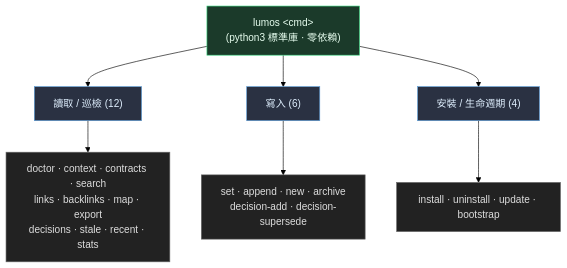
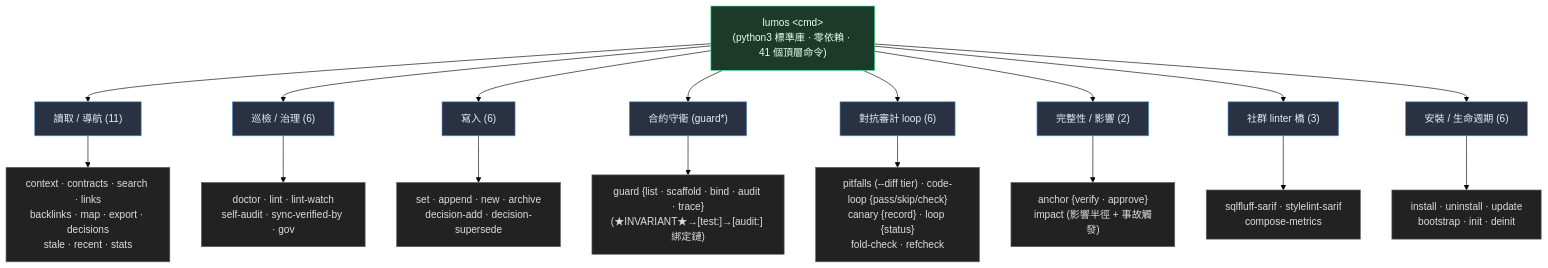
Before and after one commit to EnzoHsieh-Android/Lumos: the third of 4 diagrams in ARCHITECTURE.md, drawn with Mermaid (forest theme). The commit also changed other lines of this file and 4 other files, not shown here.

First line of the commit message:
docs: 三篇論述 + README 對齊現況(loop/impact/code-loop/anchor/pitfalls)

````diff
--- a/ARCHITECTURE.md
+++ b/ARCHITECTURE.md
@@ -99,19 +99,29 @@
 ```mermaid
 flowchart TB
-    ROOT["lumos &lt;cmd&gt;<br/>(python3 標準庫 · 零依賴)"]
+    ROOT["lumos &lt;cmd&gt;<br/>(python3 標準庫 · 零依賴 · 41 個頂層命令)"]
 
-    ROOT --> READ["讀取 / 巡檢 (12)"]
+    ROOT --> READ["讀取 / 導航 (11)"]
+    ROOT --> HEALTH["巡檢 / 治理 (6)"]
     ROOT --> WRITE["寫入 (6)"]
-    ROOT --> LIFE["安裝 / 生命週期 (4)"]
+    ROOT --> GUARD["合約守衛 (guard*)"]
+    ROOT --> LOOP["對抗審計 loop (6)"]
+    ROOT --> INTEG["完整性 / 影響 (2)"]
+    ROOT --> SARIF["社群 linter 橋 (3)"]
+    ROOT --> LIFE["安裝 / 生命週期 (6)"]
 
-    READ --> R["doctor · context · contracts · search<br/>links · backlinks · map · export<br/>decisions · stale · recent · stats"]
+    READ --> R["context · contracts · search · links<br/>backlinks · map · export · decisions<br/>stale · recent · stats"]
+    HEALTH --> H["doctor · lint · lint-watch<br/>self-audit · sync-verified-by · gov"]
     WRITE --> W["set · append · new · archive<br/>decision-add · decision-supersede"]
-    LIFE --> L["install · uninstall · update · bootstrap"]
+    GUARD --> G["guard {list · scaffold · bind · audit · trace}<br/>(★INVARIANT★→[test:]→[audit:] 綁定鏈)"]
+    LOOP --> LP["pitfalls (--diff tier) · code-loop {pass/skip/check}<br/>canary {record} · loop {status}<br/>fold-check · refcheck"]
+    INTEG --> I["anchor {verify · approve}<br/>impact (影響半徑 + 事故觸發)"]
+    SARIF --> ST["sqlfluff-sarif · stylelint-sarif<br/>compose-metrics"]
+    LIFE --> L["install · uninstall · update<br/>bootstrap · init · deinit"]
 
     classDef root fill:#1b3a2a,stroke:#3ddc84,color:#e8fff0
     classDef cat fill:#2a3142,stroke:#5a9bd6,color:#e0f0ff
     classDef leaf fill:#222,stroke:#666,color:#ddd
     class ROOT root
-    class READ,WRITE,LIFE cat
-    class R,W,L leaf
+    class READ,HEALTH,WRITE,GUARD,LOOP,INTEG,SARIF,LIFE cat
+    class R,H,W,G,LP,I,ST,L leaf
 ```
````
